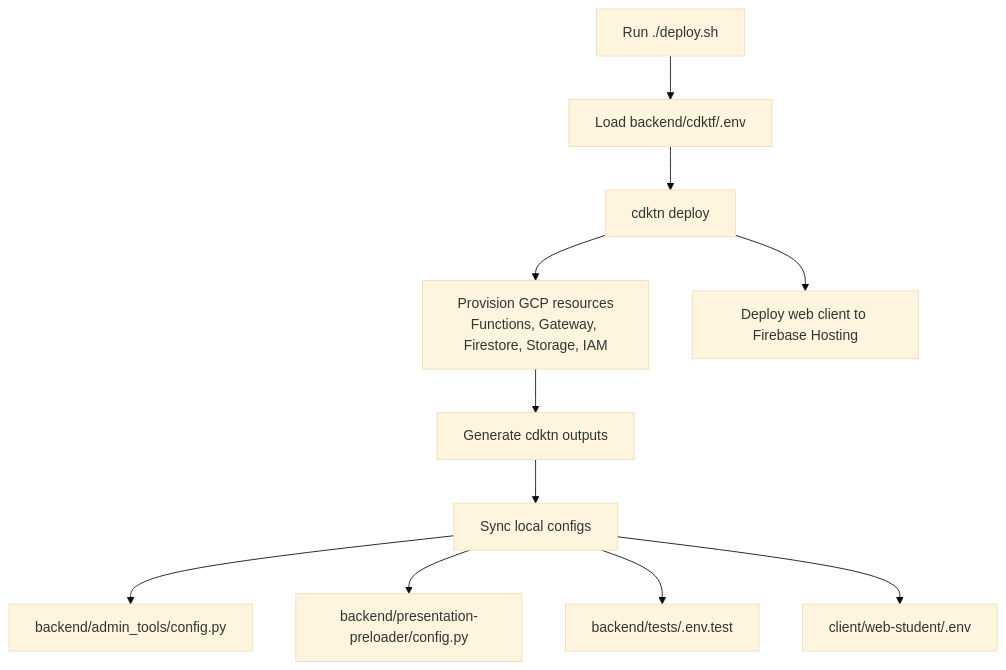
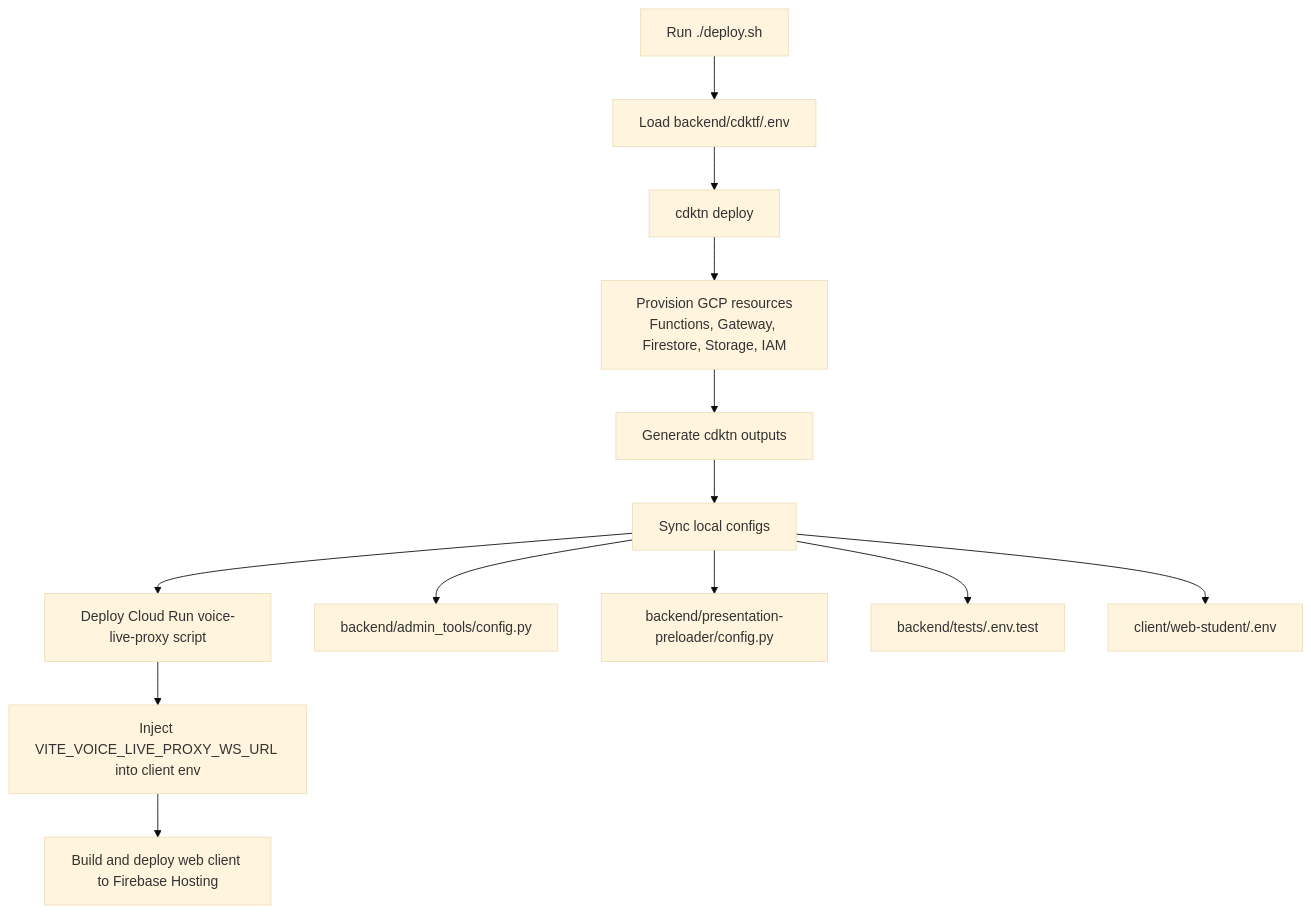
One commit to wongcyrus/LangBridgePresenter changed the first of 3 diagrams in docs/DEPLOYMENT.md. Above: the diagram before and after it, drawn with Mermaid (base theme). The commit also changed other lines of this file and 18 other files, not shown here.

First line of the commit message:
Implement proxy-only Gemini Live voice flow with lease auth

````diff
--- a/docs/DEPLOYMENT.md
+++ b/docs/DEPLOYMENT.md
@@ -26,13 +26,15 @@
 ```mermaid
 flowchart TD
     A[Run ./deploy.sh] --> B[Load backend/cdktf/.env]
     B --> C[cdktn deploy]
     C --> D[Provision GCP resources<br/>Functions, Gateway, Firestore, Storage, IAM]
-    C --> E[Deploy web client to Firebase Hosting]
-    D --> F[Generate cdktn outputs]
-    F --> G[Sync local configs]
-    G --> H[backend/admin_tools/config.py]
-    G --> I[backend/presentation-preloader/config.py]
-    G --> J[backend/tests/.env.test]
-    G --> K[client/web-student/.env]
+    D --> E[Generate cdktn outputs]
+    E --> F[Sync local configs]
+    F --> G[Deploy Cloud Run voice-live-proxy script]
+    G --> H[Inject VITE_VOICE_LIVE_PROXY_WS_URL into client env]
+    H --> I[Build and deploy web client to Firebase Hosting]
+    F --> J[backend/admin_tools/config.py]
+    F --> K[backend/presentation-preloader/config.py]
+    F --> L[backend/tests/.env.test]
+    F --> M[client/web-student/.env]
 ```
````
